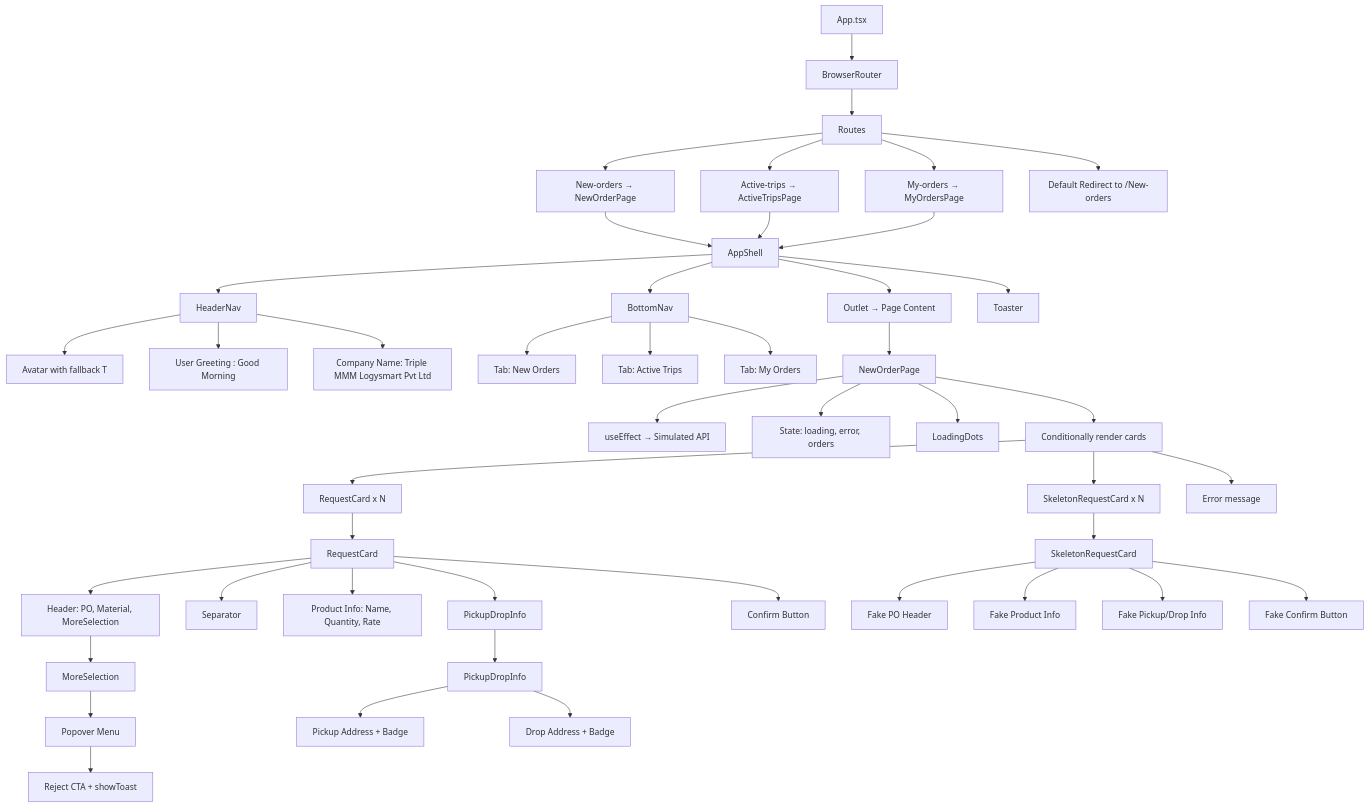
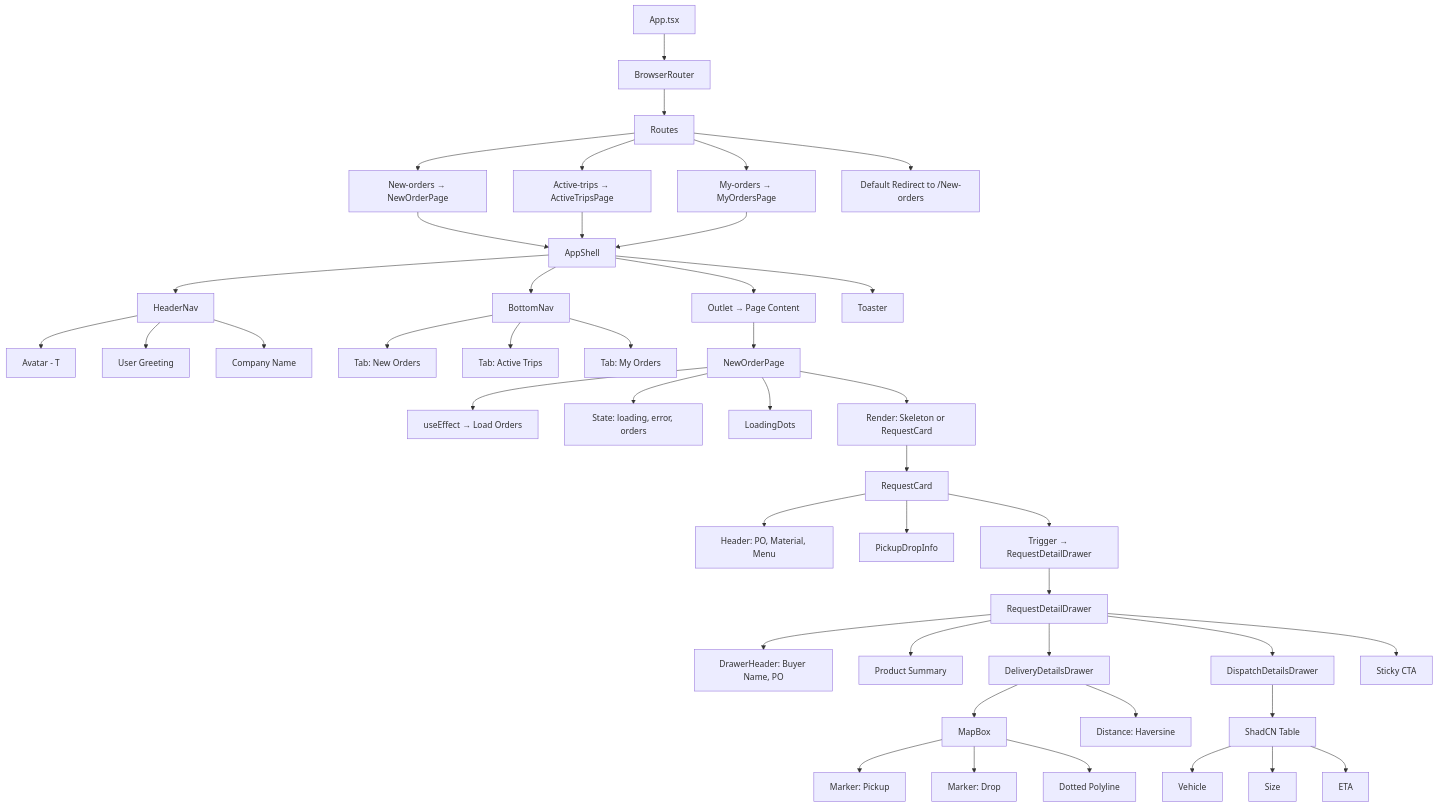
The first of 4 diagrams in README.new-orders.md (ayooshS/freightfox-frontend), drawn with Mermaid before and after one commit. The commit also changed other lines of this file, not shown here.

````diff
--- a/README.new-orders.md
+++ b/README.new-orders.md
@@ -18,65 +59,65 @@
 ```mermaid
 
 graph TD
 
 %% App Entry
 A[App.tsx] --> B[BrowserRouter]
 B --> C[Routes]
 C --> D[New-orders → NewOrderPage]
 C --> E[Active-trips → ActiveTripsPage]
 C --> F[My-orders → MyOrdersPage]
 C --> G[Default Redirect to /New-orders]
 
 D --> H[AppShell]
 E --> H
 F --> H
 
 %% AppShell Layout
 H --> H1[HeaderNav]
-H1 --> H1a[Avatar with fallback T]
-H1 --> H1b[User Greeting : Good Morning]
-H1 --> H1c[Company Name: Triple MMM Logysmart Pvt Ltd]
+H1 --> H1a[Avatar - T]
+H1 --> H1b[User Greeting]
+H1 --> H1c[Company Name]
 
 H --> H2[Outlet → Page Content]
 H --> H3[BottomNav]
 H3 --> H3a[Tab: New Orders]
 H3 --> H3b[Tab: Active Trips]
 H3 --> H3c[Tab: My Orders]
-
 H --> H4[Toaster]
 
 %% NewOrderPage structure
 H2 --> N[NewOrderPage]
-N --> N1[useEffect → Simulated API]
+N --> N1[useEffect → Load Orders]
 N --> N2[State: loading, error, orders]
 N --> N3[LoadingDots]
-N --> N4[Conditionally render cards]
+N --> N4[Render: Skeleton or RequestCard]
 
-N4 --> N5[RequestCard x N]
-N4 --> N6[SkeletonRequestCard x N]
-N4 --> N7[Error message]
+%% RequestCard Structure
+N4 --> RC[RequestCard]
+RC --> RC1[Header: PO, Material, Menu]
+RC --> RC2[PickupDropInfo]
+RC --> RC3[Trigger → RequestDetailDrawer]
 
-%% RequestCard decomposition
-N5 --> RC[RequestCard]
-RC --> RC1[Header: PO, Material, MoreSelection]
-RC --> RC2[Separator]
-RC --> RC3[Product Info: Name, Quantity, Rate]
-RC --> RC4[PickupDropInfo]
-RC --> RC5[Confirm Button]
+%% Drawer Content
+RC3 --> DR[RequestDetailDrawer]
+DR --> DR1[DrawerHeader: Buyer Name, PO]
+DR --> DR2[Product Summary]
+DR --> DR3[DeliveryDetailsDrawer]
+DR --> DR4[DispatchDetailsDrawer]
+DR --> DR5[Sticky CTA]
 
-RC1 --> MS[MoreSelection]
-MS --> MS1[Popover Menu]
-MS1 --> MS2[Reject CTA + showToast]
+%% DeliveryDetailsDrawer
+DR3 --> M[MapBox]
+M --> M1[Marker: Pickup]
+M --> M2[Marker: Drop]
+M --> M3[Dotted Polyline]
+DR3 --> DCalc[Distance: Haversine]
 
-RC4 --> PD[PickupDropInfo]
-PD --> PD1[Pickup Address + Badge]
-PD --> PD2[Drop Address + Badge]
+%% DispatchDetailsDrawer
+DR4 --> T[ShadCN Table]
+T --> T1[Vehicle]
+T --> T2[Size]
+T --> T3[ETA]
 
-%% Skeleton
-N6 --> SK[SkeletonRequestCard]
-SK --> SK1[Fake PO Header]
-SK --> SK2[Fake Product Info]
-SK --> SK3[Fake Pickup/Drop Info]
-SK --> SK4[Fake Confirm Button]
 
 ```
````
